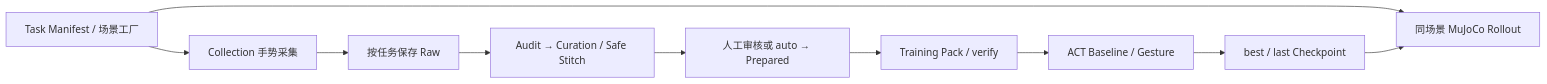
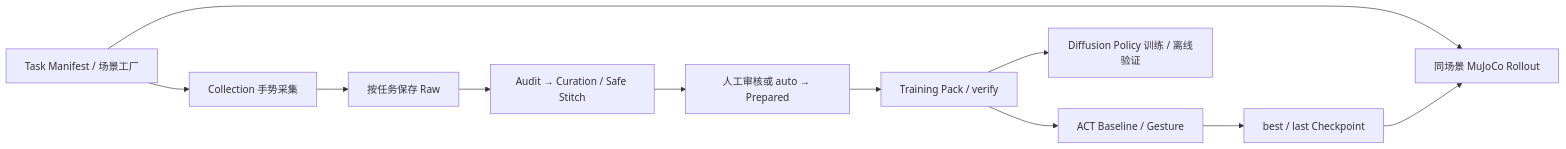
One commit to shuyi-song-07/mujoco_simulate changed the diagram in README.md. Above: the diagram before and after it, drawn with Mermaid. The commit also changed other lines of this file and 26 other files, not shown here.

````diff
--- a/README.md
+++ b/README.md
@@ -5,12 +6,13 @@
 ```mermaid
 flowchart LR
   T[Task Manifest / 场景工厂] --> C[Collection 手势采集]
   C --> R[按任务保存 Raw]
   R --> A[Audit → Curation / Safe Stitch]
   A --> P[人工审核或 auto → Prepared]
   P --> K[Training Pack / verify]
   K --> M[ACT Baseline / Gesture]
+  K --> D[Diffusion Policy 训练 / 离线验证]
   M --> W[best / last Checkpoint]
   T --> E[同场景 MuJoCo Rollout]
   W --> E
 ```
````
